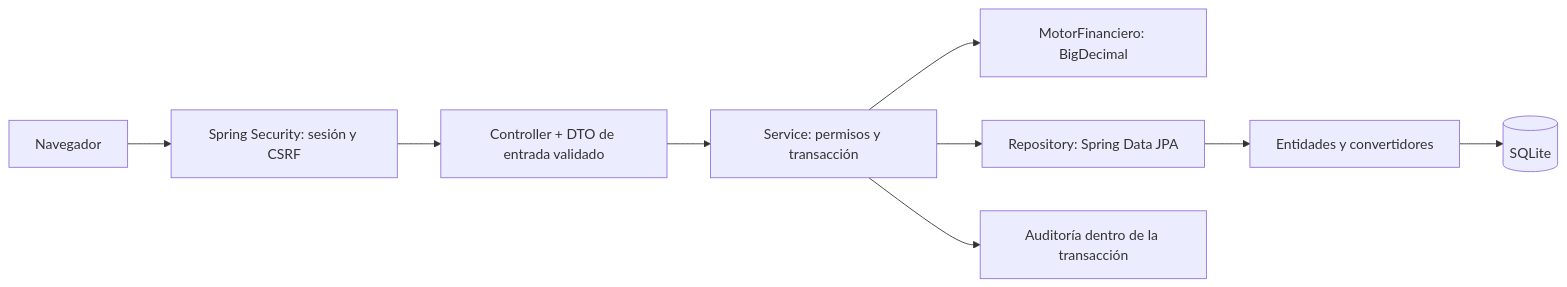
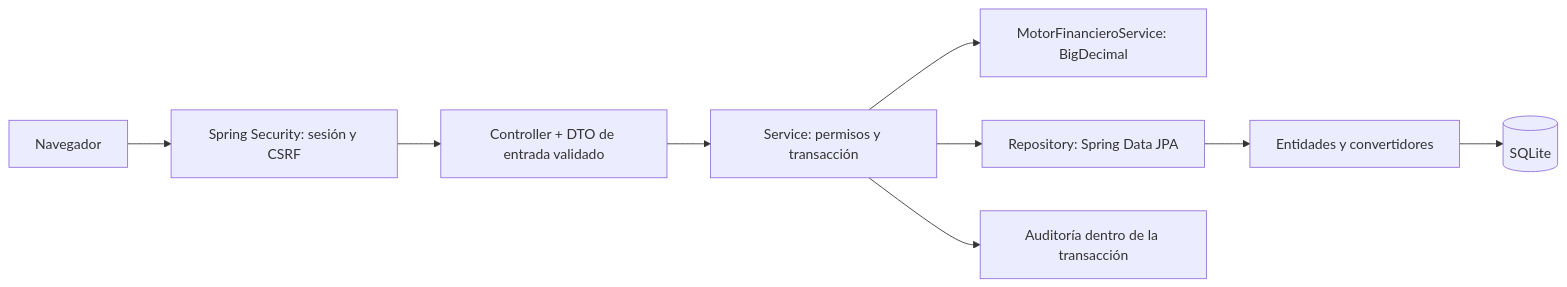
The diagram in docs/ARQUITECTURA.md (Juan2246/Trabajo-Final-Finanzas-), drawn with Mermaid before and after one commit. The commit also changed other lines of this file and 79 other files, not shown here.

````diff
--- a/docs/ARQUITECTURA.md
+++ b/docs/ARQUITECTURA.md
@@ -7,11 +7,11 @@
 ```mermaid
 flowchart LR
     B[Navegador] --> S[Spring Security: sesión y CSRF]
     S --> C[Controller + DTO de entrada validado]
     C --> V[Service: permisos y transacción]
-    V --> F[MotorFinanciero: BigDecimal]
+    V --> F[MotorFinancieroService: BigDecimal]
     V --> R[Repository: Spring Data JPA]
     R --> E[Entidades y convertidores]
     E --> D[(SQLite)]
     V --> A[Auditoría dentro de la transacción]
 ```
````
